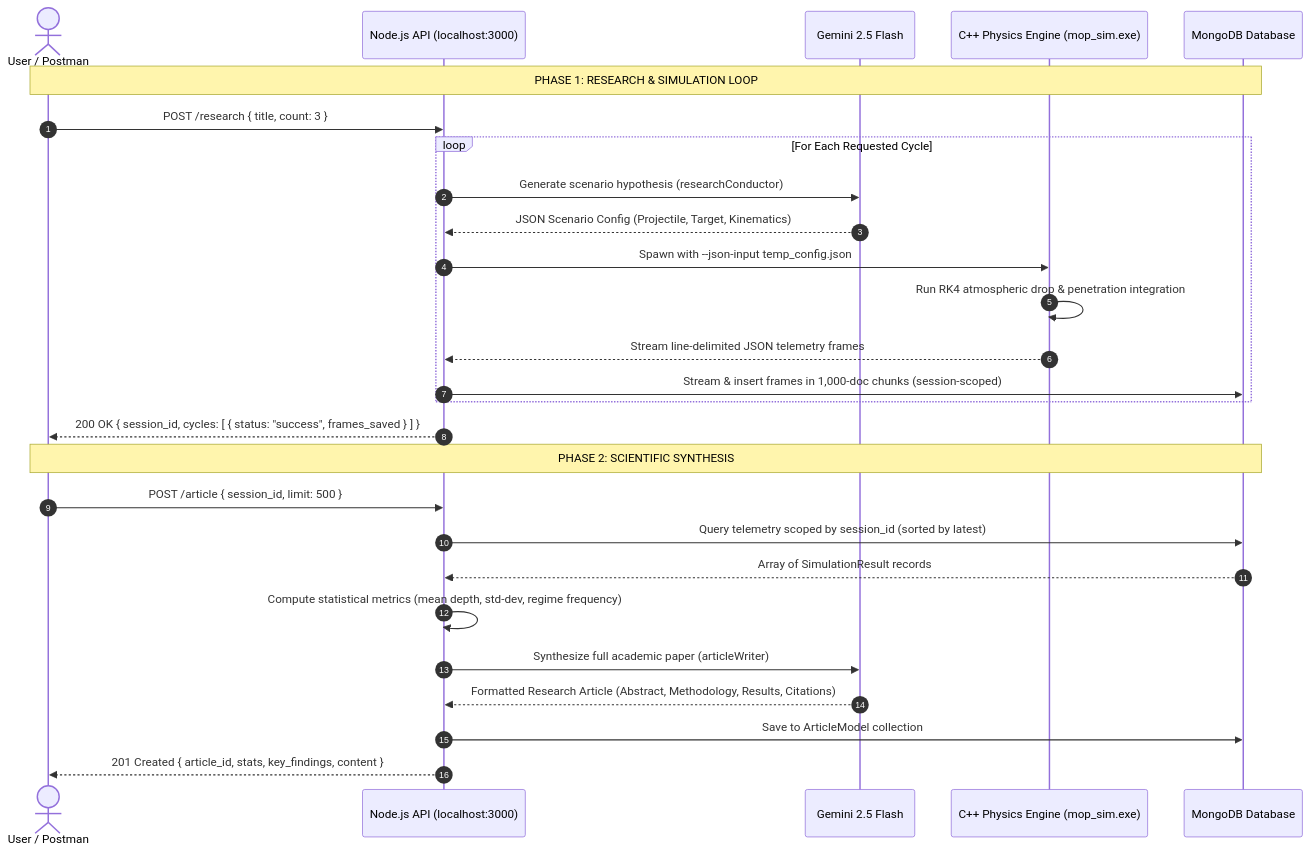
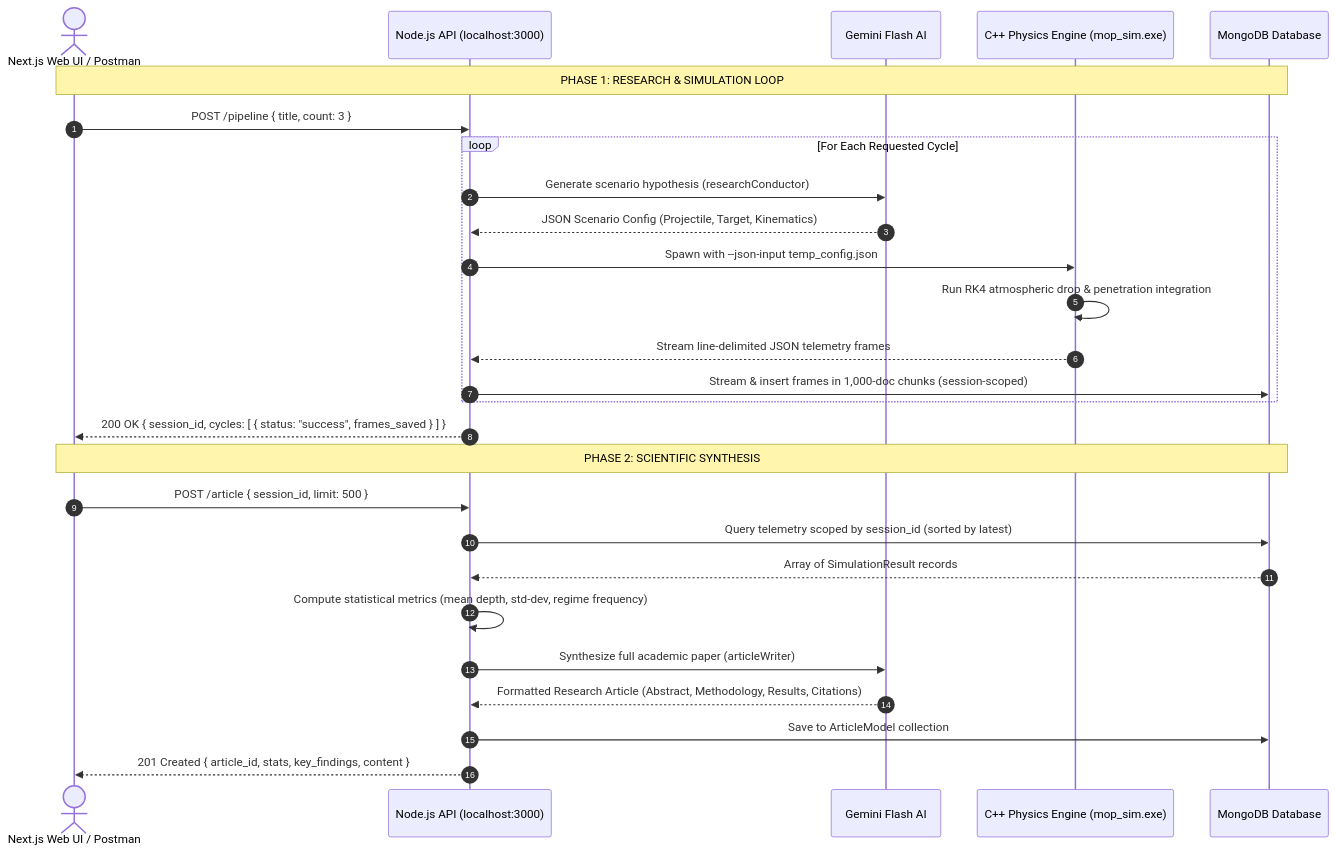
Before and after one commit to omid2007hope/MOP-Simulator: the second of 2 diagrams in README.md, drawn with Mermaid. The commit also changed other lines of this file, not shown here.

Commit message:
docs: update README with Next.js architecture, path restructuring, and installation instructions

````diff
--- a/README.md
+++ b/README.md
@@ -106,31 +82,31 @@
 ```mermaid
 sequenceDiagram
     autonumber
-    actor User as User / Postman
+    actor User as Next.js Web UI / Postman
     participant API as Node.js API (localhost:3000)
-    participant AI as Gemini 2.5 Flash
+    participant AI as Gemini Flash AI
     participant CPP as C++ Physics Engine (mop_sim.exe)
     participant DB as MongoDB Database
 
     Note over User, DB: PHASE 1: RESEARCH & SIMULATION LOOP
-    User->>API: POST /research { title, count: 3 }
+    User->>API: POST /pipeline { title, count: 3 }
     loop For Each Requested Cycle
         API->>AI: Generate scenario hypothesis (researchConductor)
         AI-->>API: JSON Scenario Config (Projectile, Target, Kinematics)
         API->>CPP: Spawn with --json-input temp_config.json
         CPP->>CPP: Run RK4 atmospheric drop & penetration integration
         CPP-->>API: Stream line-delimited JSON telemetry frames
         API->>DB: Stream & insert frames in 1,000-doc chunks (session-scoped)
     end
     API-->>User: 200 OK { session_id, cycles: [ { status: "success", frames_saved } ] }
 
     Note over User, DB: PHASE 2: SCIENTIFIC SYNTHESIS
     User->>API: POST /article { session_id, limit: 500 }
     API->>DB: Query telemetry scoped by session_id (sorted by latest)
     DB-->>API: Array of SimulationResult records
     API->>API: Compute statistical metrics (mean depth, std-dev, regime frequency)
     API->>AI: Synthesize full academic paper (articleWriter)
     AI-->>API: Formatted Research Article (Abstract, Methodology, Results, Citations)
     API->>DB: Save to ArticleModel collection
     API-->>User: 201 Created { article_id, stats, key_findings, content }
 ```
````
